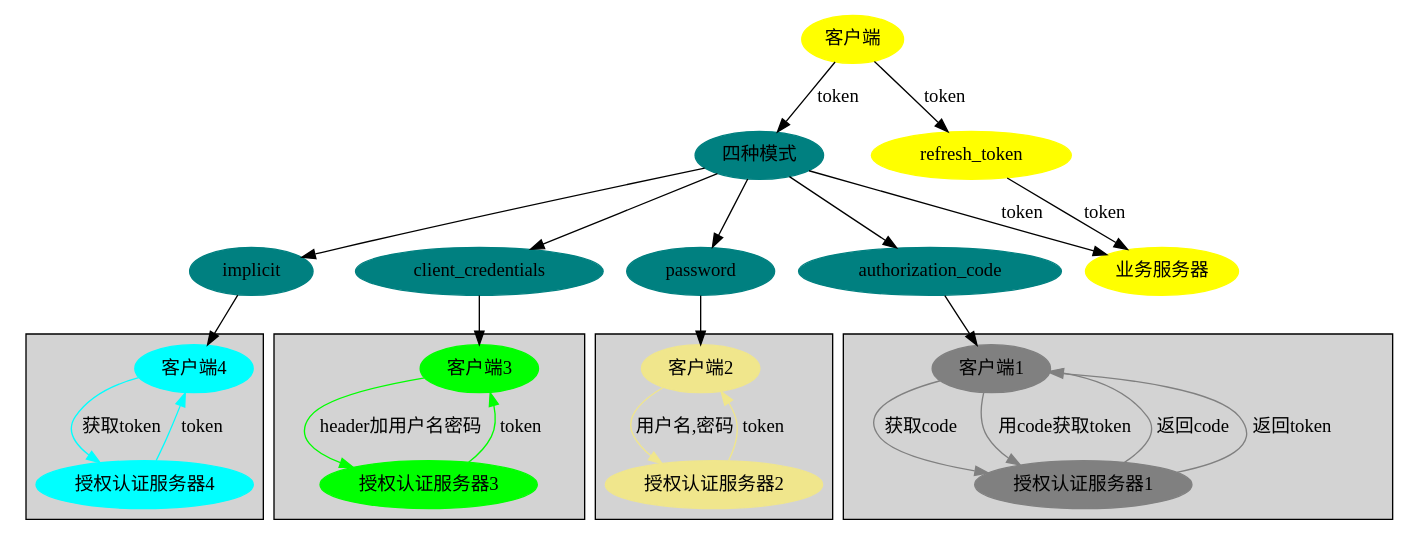
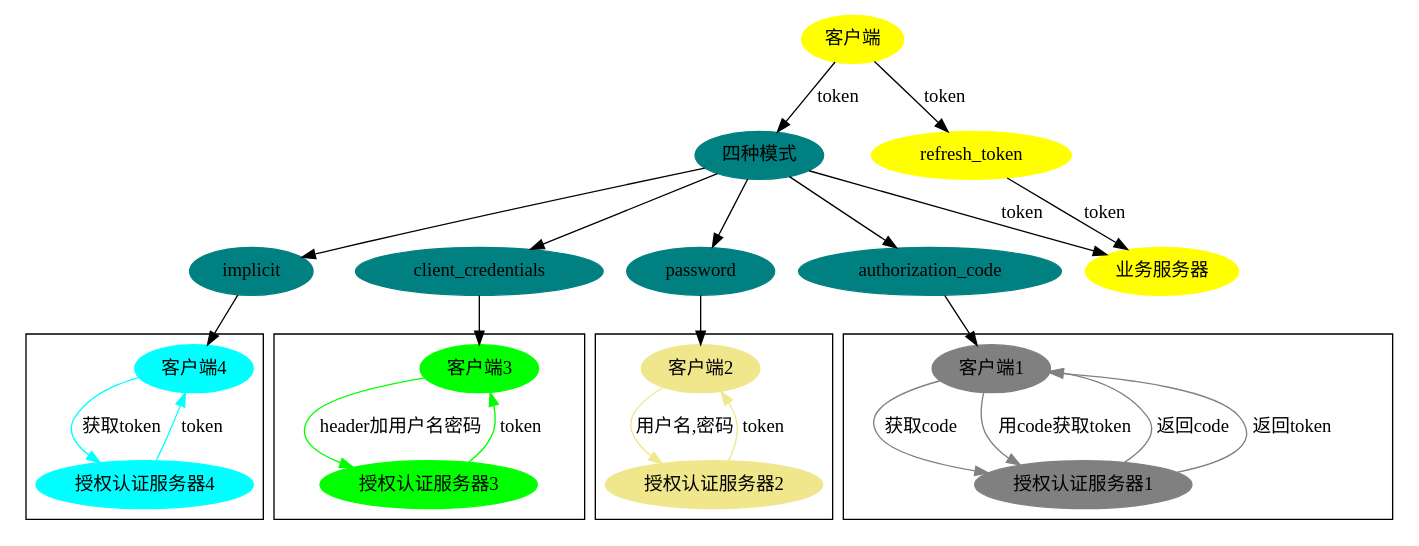
The diagram in test1.dot (dongkw/graphiviz), drawn with Graphviz before and after one commit. The commit also changed 15 other files, not shown here.

```diff
--- a/test1.dot
+++ b/test1.dot
@@ -1,50 +1,46 @@
 
 digraph auth{
 
   subgraph clusterauthorization_code_img{
      node[style=filled,color =grey];
-     style=filled;
      客户端1->授权认证服务器1[label="获取code",color =grey];
      授权认证服务器1 -> 客户端1[color =grey,label="返回code"];
      客户端1->授权认证服务器1[label="用code获取token",color =grey];
      授权认证服务器1  -> 客户端1[color =grey,label="返回token"];
   }
 
   subgraph clusterpassword_img{
      node[style=filled,color =khaki];
-     style=filled;
      客户端2->授权认证服务器2[label="用户名,密码",color =khaki];
      授权认证服务器2-> 客户端2[color =khaki,label="token"];
   }
   subgraph clusterclient_credentials_img{
      node[style=filled,color =lime];
-     style=filled;
      客户端3->授权认证服务器3[label="header加用户名密码",color =lime];
      授权认证服务器3-> 客户端3[color =lime,label="token"];
   }
   subgraph clusterimplicit_img{
      node[style=filled,color =cyan];
-     style=filled;
      客户端4->授权认证服务器4[label="获取token",color =cyan];
      授权认证服务器4-> 客户端4[color =cyan,label="token"];
   }
   {
     node[style=filled,color =teal];
     style=filled;
     四种模式 ->implicit->客户端4;
     四种模式 ->client_credentials->客户端3;
     四种模式 ->password->客户端2;
     四种模式 ->authorization_code->客户端1 ;
   }
   {
       node[style=filled,color =yellow];
       style=filled;
       客户端 ->四种模式->业务服务器[label="token"];
       客户端 ->refresh_token->业务服务器[label="token"];
     }
 
 
 
 
 
 }
```
